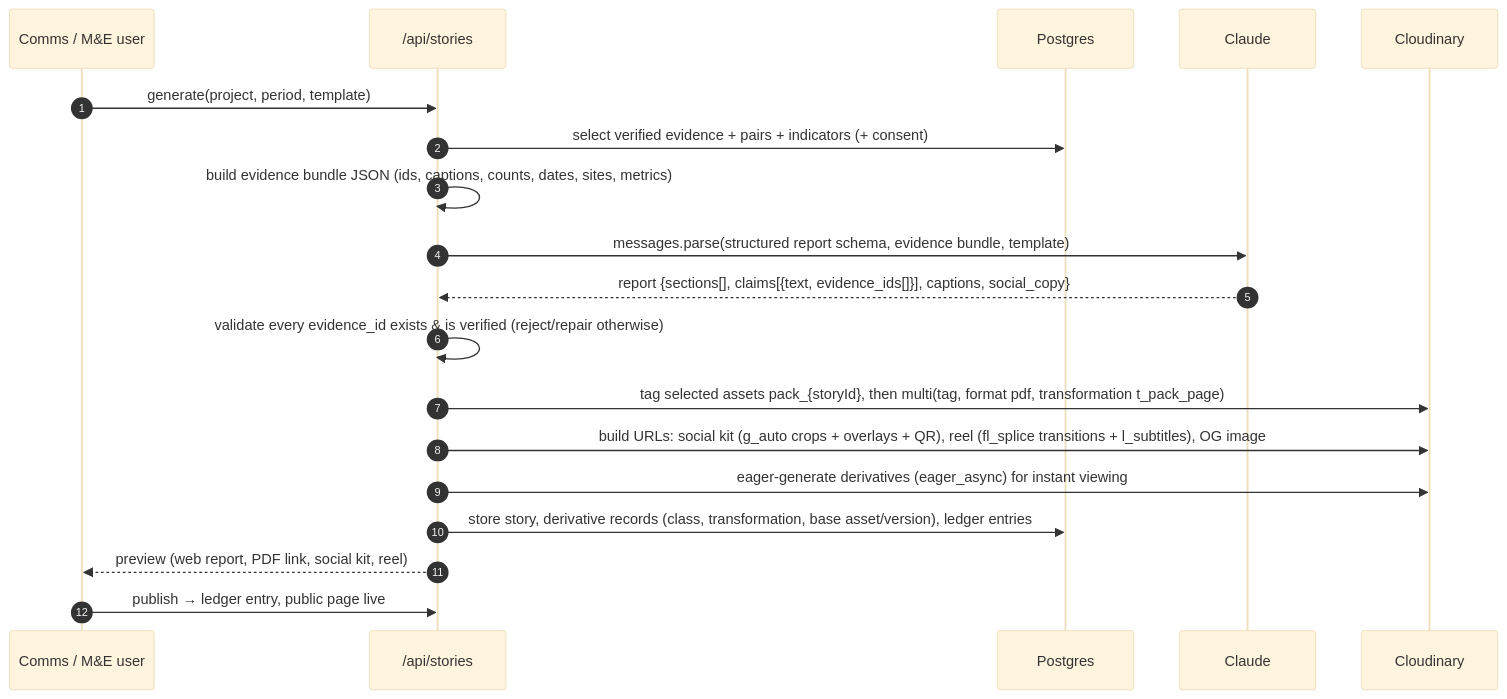
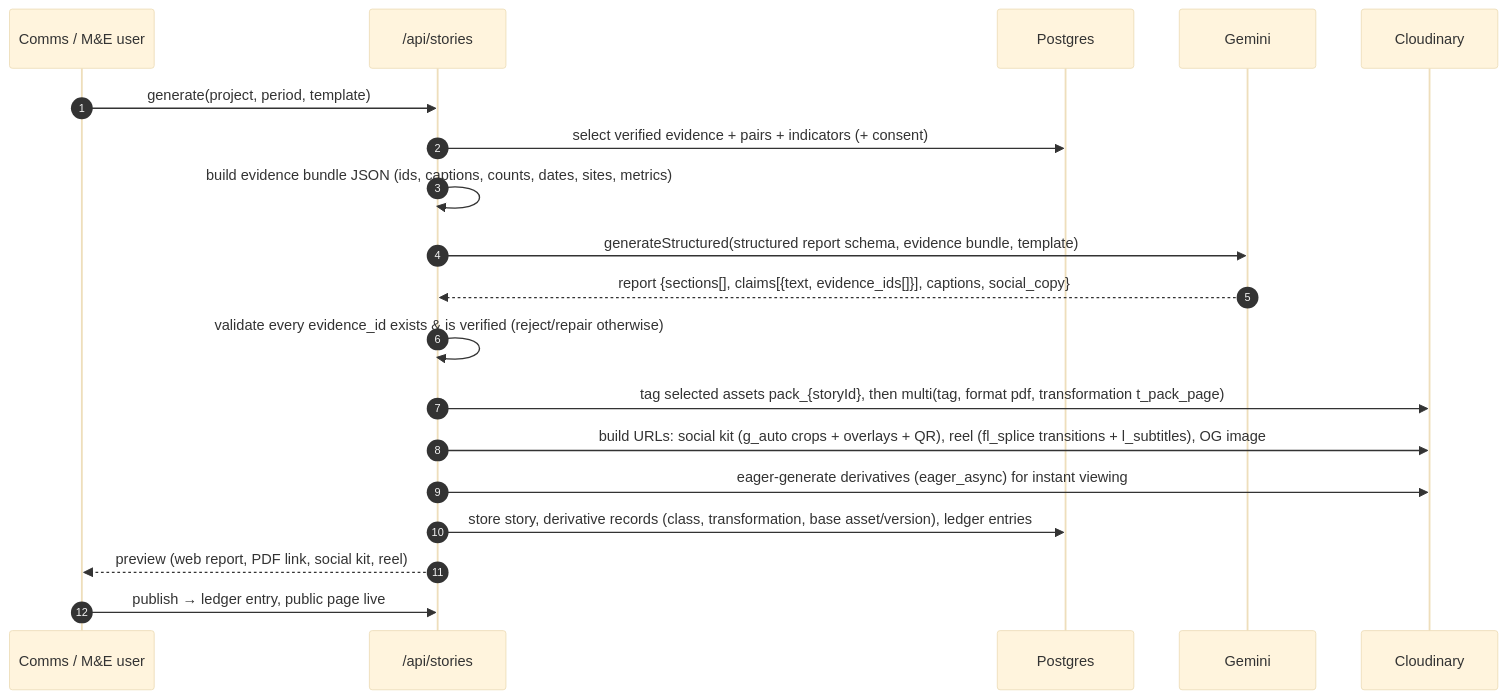
The third of 3 diagrams in research/04_solution/03_system_architecture.md (Shambhavi500/Pramaan), drawn with Mermaid (base theme) before and after one commit. The commit also changed other lines of this file and 41 other files, not shown here.

````diff
--- a/research/04_solution/03_system_architecture.md
+++ b/research/04_solution/03_system_architecture.md
@@ -109,21 +109,21 @@
 ```mermaid
 sequenceDiagram
   autonumber
   participant U as Comms / M&E user
   participant A as /api/stories
   participant DB as Postgres
-  participant CL as Claude
+  participant CL as Gemini
   participant C as Cloudinary
   U->>A: generate(project, period, template)
   A->>DB: select verified evidence + pairs + indicators (+ consent)
   A->>A: build evidence bundle JSON (ids, captions, counts, dates, sites, metrics)
-  A->>CL: messages.parse(structured report schema, evidence bundle, template)
+  A->>CL: generateStructured(structured report schema, evidence bundle, template)
   CL-->>A: report {sections[], claims[{text, evidence_ids[]}], captions, social_copy}
   A->>A: validate every evidence_id exists & is verified (reject/repair otherwise)
   A->>C: tag selected assets pack_{storyId}, then multi(tag, format pdf, transformation t_pack_page)
   A->>C: build URLs: social kit (g_auto crops + overlays + QR), reel (fl_splice transitions + l_subtitles), OG image
   A->>C: eager-generate derivatives (eager_async) for instant viewing
   A->>DB: store story, derivative records (class, transformation, base asset/version), ledger entries
   A-->>U: preview (web report, PDF link, social kit, reel)
   U->>A: publish → ledger entry, public page live
 ```
````
